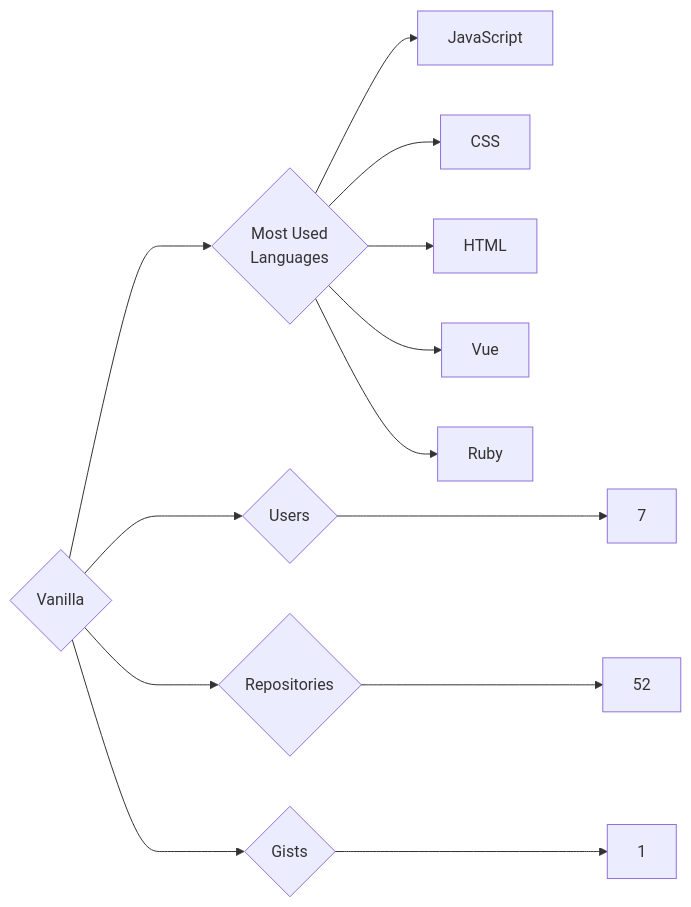
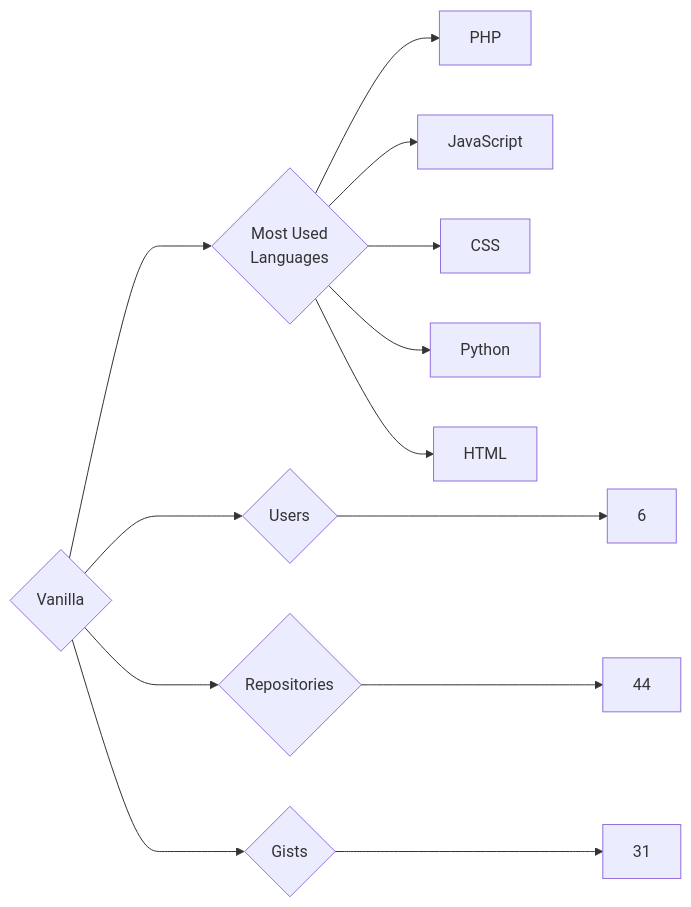
Before and after one commit to trickest/insiders: the diagram in targets/Vanilla/README.md, drawn with Mermaid. The commit also changed 877 other files, not shown here.

````diff
--- a/targets/Vanilla/README.md
+++ b/targets/Vanilla/README.md
@@ -3,13 +3,13 @@
 ```mermaid
 graph LR
 COMPANY_NAME{Vanilla}
-COMPANY_NAME ---> U{Users} ---> UN[7]
-COMPANY_NAME ---> R{Repositories} ---> RN[52]
-COMPANY_NAME ---> G{Gists} ---> GN[1]
+COMPANY_NAME ---> U{Users} ---> UN[6]
+COMPANY_NAME ---> R{Repositories} ---> RN[44]
+COMPANY_NAME ---> G{Gists} ---> GN[31]
 COMPANY_NAME ---> ML{Most Used<br>Languages}
+ML --> PHP[PHP]
 ML --> JavaScript[JavaScript]
 ML --> CSS[CSS]
+ML --> Python[Python]
 ML --> HTML[HTML]
-ML --> Vue[Vue]
-ML --> Ruby[Ruby]
 ```
````
